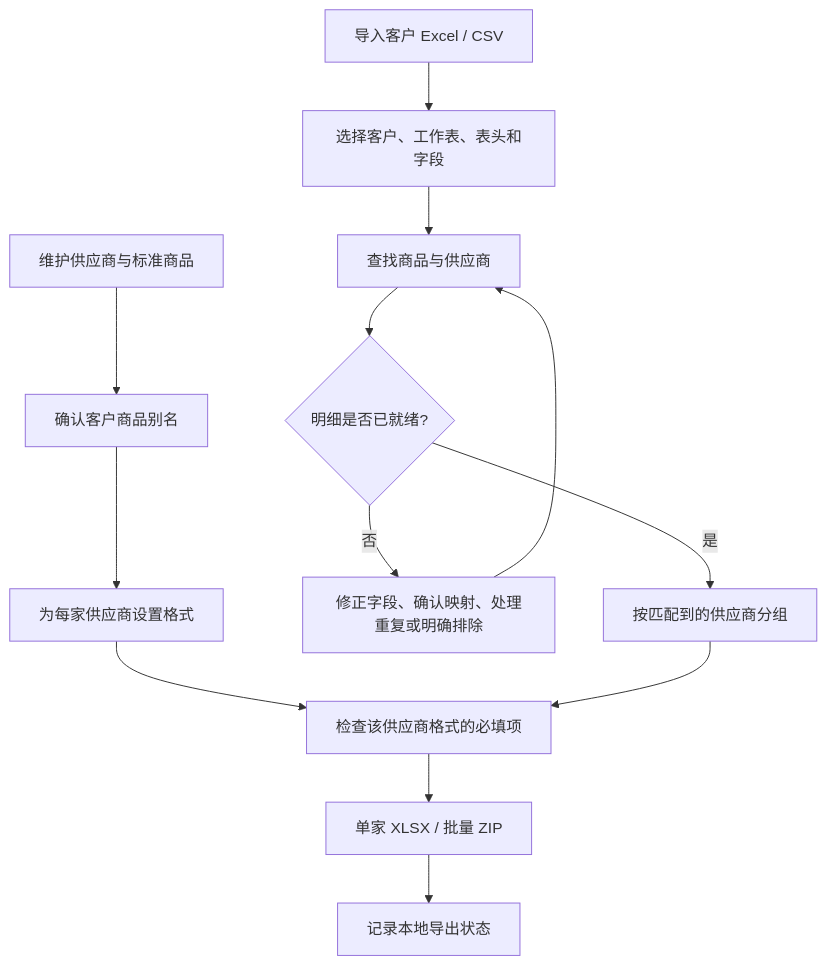
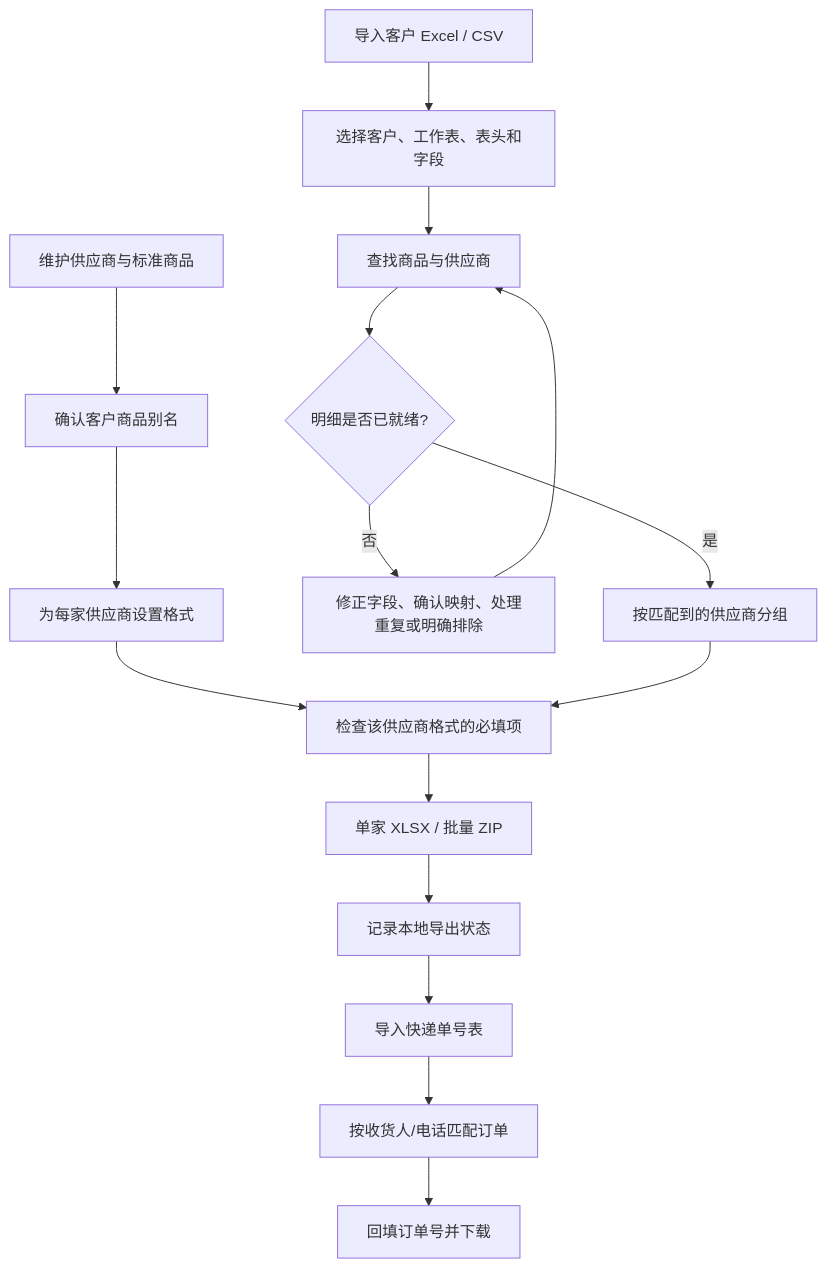
The diagram in docs/DEVELOPMENT.md (fengweiheaven/NewShop), drawn with Mermaid before and after one commit. The commit also changed other lines of this file and 4 other files, not shown here.

````diff
--- a/docs/DEVELOPMENT.md
+++ b/docs/DEVELOPMENT.md
@@ -24,15 +25,18 @@
 ```mermaid
 flowchart TD
   A[维护供应商与标准商品] --> B[确认客户商品别名]
   C[导入客户 Excel / CSV] --> D[选择客户、工作表、表头和字段]
   B --> J[为每家供应商设置格式]
   D --> E[查找商品与供应商]
   E --> F{明细是否已就绪?}
   F -- 否 --> G[修正字段、确认映射、处理重复或明确排除]
   G --> E
   F -- 是 --> H[按匹配到的供应商分组]
   J --> K[检查该供应商格式的必填项]
   H --> K
   K --> L[单家 XLSX / 批量 ZIP]
   L --> M[记录本地导出状态]
+  M --> N[导入快递单号表]
+  N --> O[按收货人/电话匹配订单]
+  O --> P[回填订单号并下载]
 ```
````
